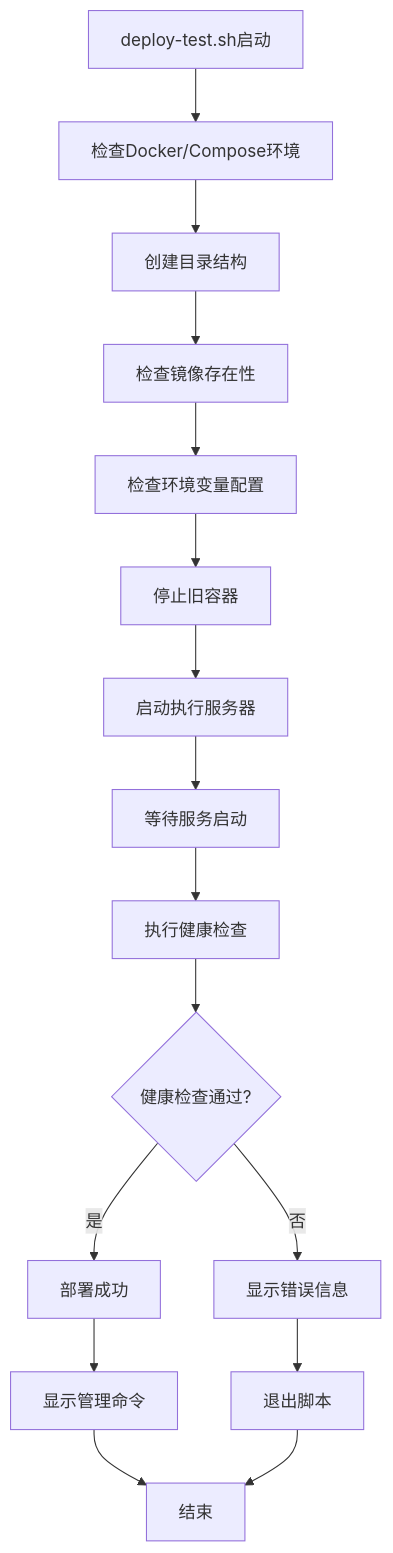
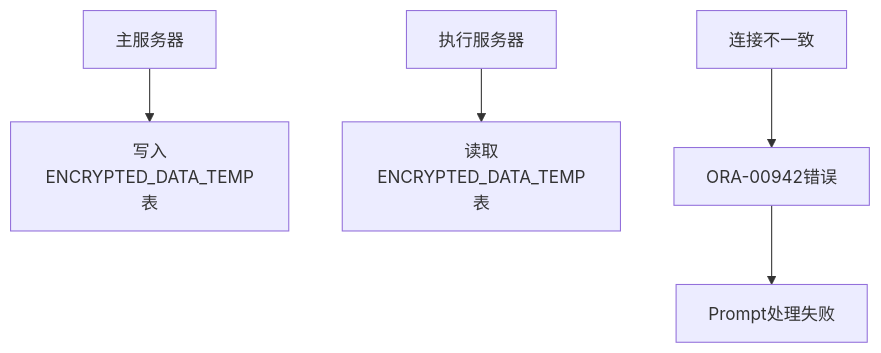
Before and after one commit to liuzh2008/med_ai_assistant_workspace: the first of 3 diagrams in .qoder/repowiki/zh/content/Update Summary/Update Summary.md, drawn with Mermaid. The commit also changed other lines of this file and 3 other files, not shown here.

````diff
--- a/.qoder/repowiki/zh/content/Update Summary/Update Summary.md
+++ b/.qoder/repowiki/zh/content/Update Summary/Update Summary.md
@@ -147,18 +157,7 @@
 ```mermaid
-flowchart TD
-A[deploy-test.sh启动] --> B[检查Docker/Compose环境]
-B --> C[创建目录结构]
-C --> D[检查镜像存在性]
-D --> E[检查环境变量配置]
-E --> F[停止旧容器]
-F --> G[启动执行服务器]
-G --> H[等待服务启动]
-H --> I[执行健康检查]
-I --> J{健康检查通过?}
-J --> |是| K[部署成功]
-J --> |否| L[显示错误信息]
-K --> M[显示管理命令]
-L --> N[退出脚本]
-M --> O[结束]
-N --> O
+graph TB
+A[主服务器] --> B[写入ENCRYPTED_DATA_TEMP表]
+C[执行服务器] --> D[读取ENCRYPTED_DATA_TEMP表]
+E[连接不一致] --> F[ORA-00942错误]
+F --> G[Prompt处理失败]
 ```
````
